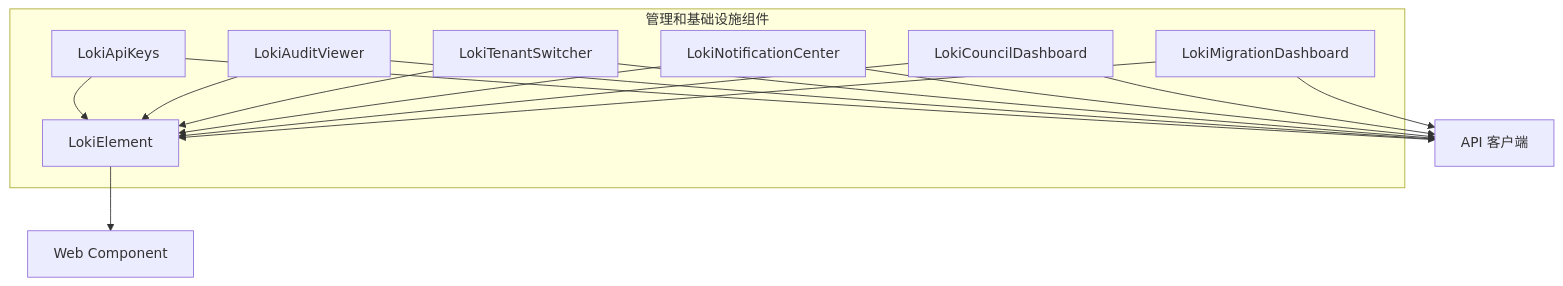
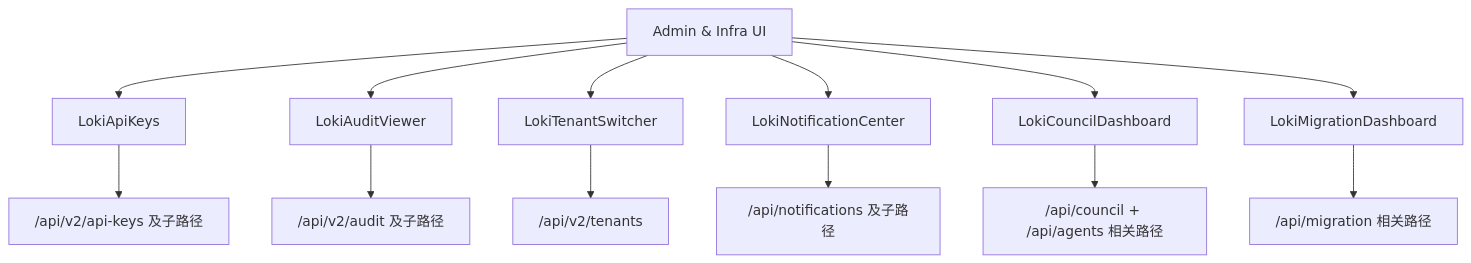
Before and after one commit to nerdneilsfield/code-wiki-pages: the diagram in public/loki-mode-docs/Administration and Infrastructure Components.md, drawn with Mermaid. The commit also changed other lines of this file and 399 other files, not shown here.

````diff
--- a/public/loki-mode-docs/Administration and Infrastructure Components.md
+++ b/public/loki-mode-docs/Administration and Infrastructure Components.md
@@ -13,19 +39,16 @@
 ```mermaid
-graph TB
-    subgraph "管理和基础设施组件"
-        A[LokiApiKeys] --> B[LokiElement]
-        C[LokiAuditViewer] --> B
-        D[LokiTenantSwitcher] --> B
-        E[LokiNotificationCenter] --> B
-        F[LokiCouncilDashboard] --> B
-        G[LokiMigrationDashboard] --> B
-    end
-    
-    B --> H[Web Component]
-    A --> I[API 客户端]
-    C --> I
-    D --> I
-    E --> I
-    F --> I
-    G --> I
+graph TD
+  A[Admin & Infra UI] --> K[LokiApiKeys]
+  A --> U[LokiAuditViewer]
+  A --> T[LokiTenantSwitcher]
+  A --> N[LokiNotificationCenter]
+  A --> C[LokiCouncilDashboard]
+  A --> M[LokiMigrationDashboard]
+
+  K --> B1["/api/v2/api-keys 及子路径"]
+  U --> B2["/api/v2/audit 及子路径"]
+  T --> B3["/api/v2/tenants"]
+  N --> B4["/api/notifications 及子路径"]
+  C --> B5["/api/council + /api/agents 相关路径"]
+  M --> B6["/api/migration 相关路径"]
 ```
````
